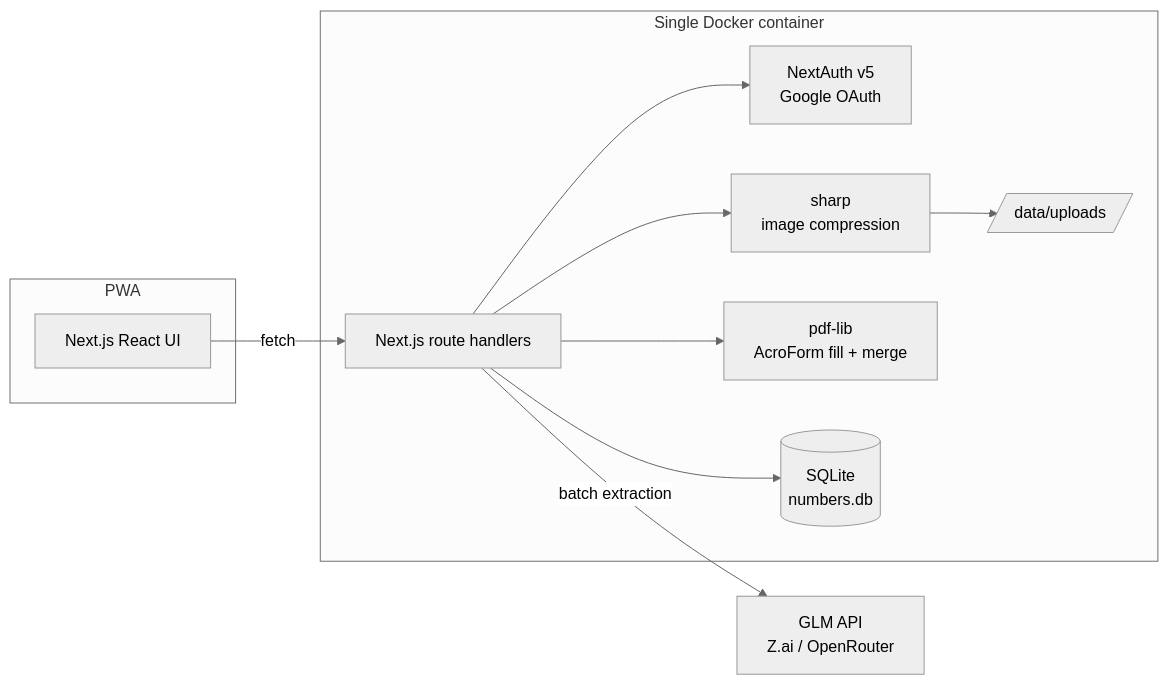
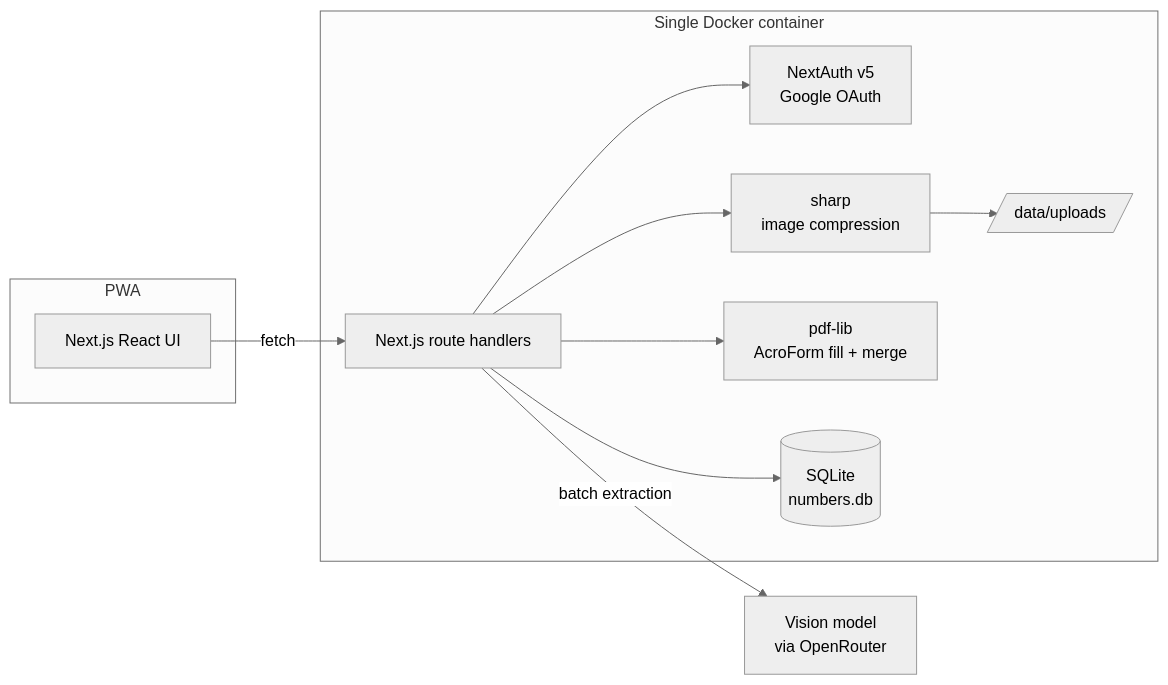
The first of 2 diagrams in docs/DESIGN.md (vrwarp/numbers), drawn with Mermaid (neutral theme) before and after one commit. The commit also changed other lines of this file and 10 other files, not shown here.

First line of the commit message:
Switch AI extraction from GLM/Z.ai to OpenRouter only

````diff
--- a/docs/DESIGN.md
+++ b/docs/DESIGN.md
@@ -41,22 +41,22 @@
 ```mermaid
 flowchart LR
     subgraph Phone/Browser [PWA]
         UI[Next.js React UI]
     end
     subgraph Container [Single Docker container]
         API[Next.js route handlers]
         AUTH[NextAuth v5<br/>Google OAuth]
         SHARP[sharp<br/>image compression]
         PDF[pdf-lib<br/>AcroForm fill + merge]
         DB[(SQLite<br/>numbers.db)]
         FS[/data/uploads/]
     end
-    GLM[GLM API<br/>Z.ai / OpenRouter]
+    LLM[Vision model<br/>via OpenRouter]
 
     UI -->|fetch| API
     API --> AUTH
     API --> SHARP --> FS
     API --> DB
-    API -->|batch extraction| GLM
+    API -->|batch extraction| LLM
     API --> PDF
 ```
````
